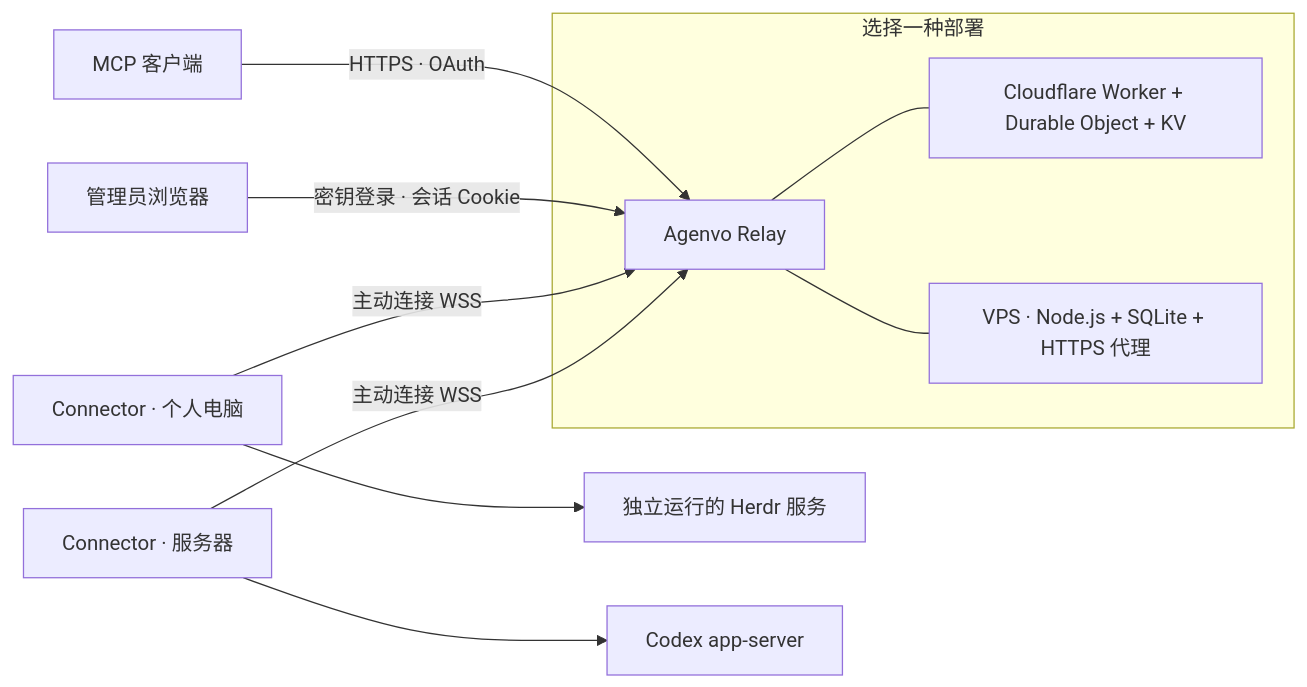
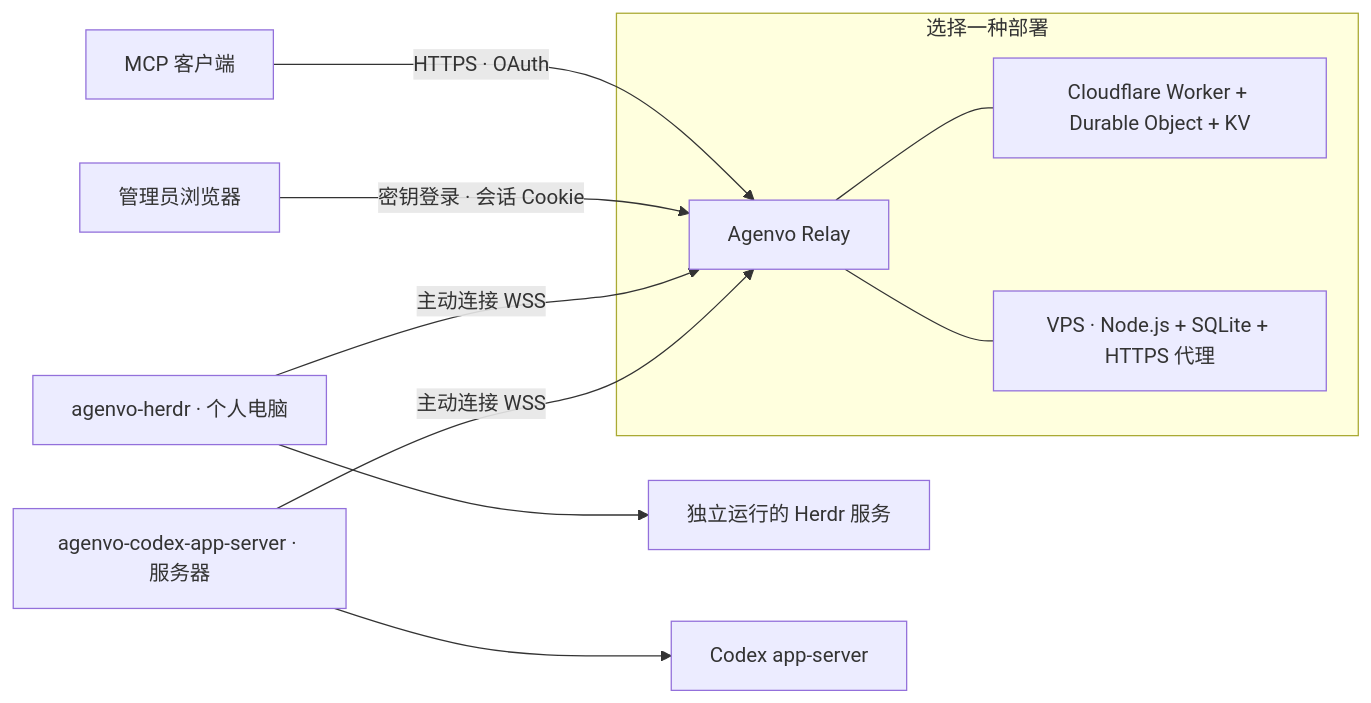
One commit to AkaraChen/agenvo changed the diagram in README.zh-CN.md. Above: the diagram before and after it, drawn with Mermaid. The commit also changed other lines of this file and 132 other files, not shown here.

````diff
--- a/README.zh-CN.md
+++ b/README.zh-CN.md
@@ -9,13 +9,13 @@
 ```mermaid
 flowchart LR
     C["MCP 客户端"] -->|"HTTPS · OAuth"| R["Agenvo Relay"]
     O["管理员浏览器"] -->|"密钥登录 · 会话 Cookie"| R
     subgraph Deployment["选择一种部署"]
       R --- CF["Cloudflare Worker + Durable Object + KV"]
       R --- VPS["VPS · Node.js + SQLite + HTTPS 代理"]
     end
-    A["Connector · 个人电脑"] -->|"主动连接 WSS"| R
-    B["Connector · 服务器"] -->|"主动连接 WSS"| R
+    A["agenvo-herdr · 个人电脑"] -->|"主动连接 WSS"| R
+    B["agenvo-codex-app-server · 服务器"] -->|"主动连接 WSS"| R
     A --> H["独立运行的 Herdr 服务"]
     B --> X["Codex app-server"]
 ```
````
